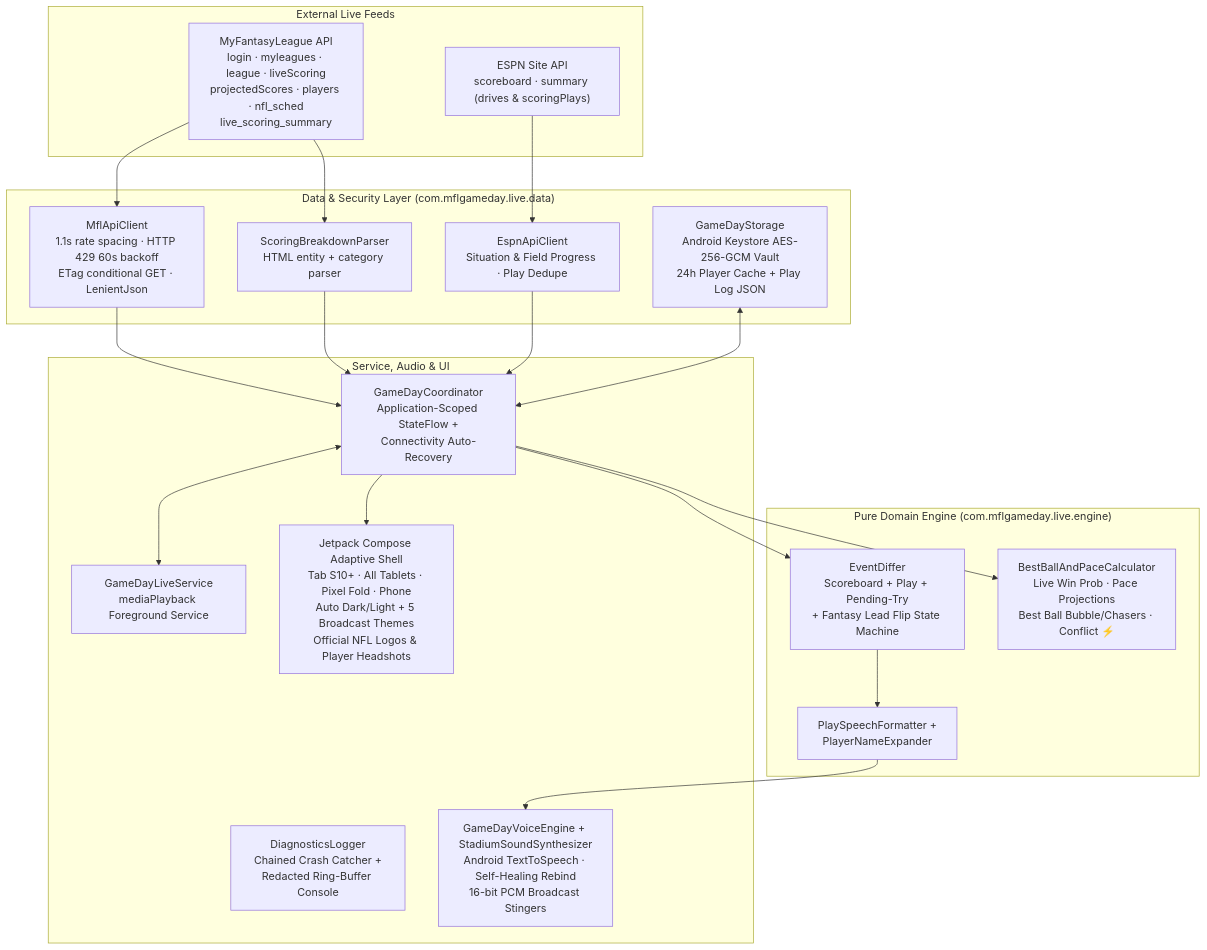
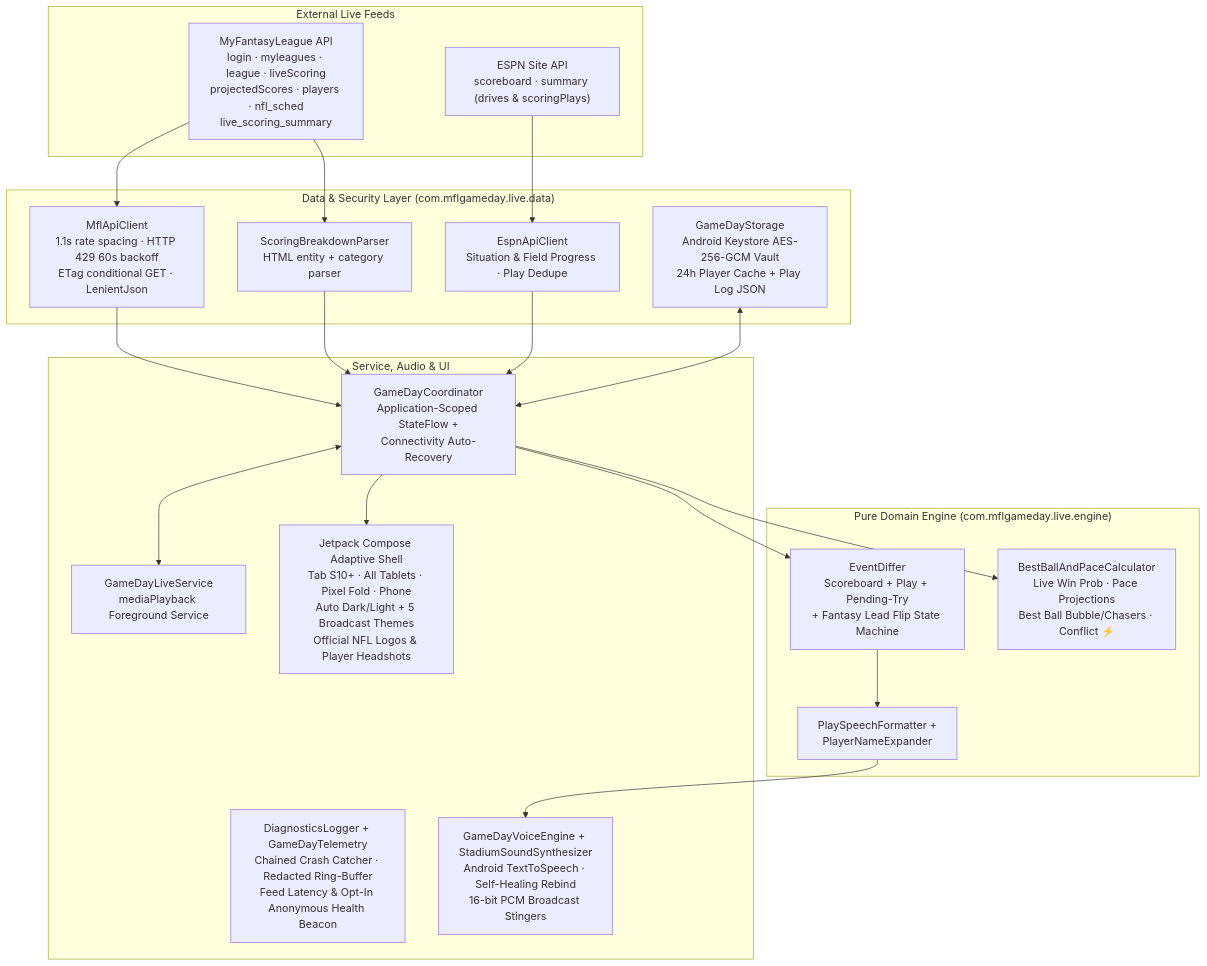
Before and after one commit to GinoMotisko/mfl-gameday-live: the diagram in docs/architecture_map.md, drawn with Mermaid. The commit also changed 15 other files, not shown here.

Commit message:
feat(v1.2.0): harden service/poll race guards, disable cloud backup, add GameDayTelemetry & AGENTS.md (#2)

````diff
--- a/docs/architecture_map.md
+++ b/docs/architecture_map.md
@@ -15,42 +15,42 @@
 ```mermaid
 flowchart TD
     subgraph Providers["External Live Feeds"]
         MFL["MyFantasyLeague API\nlogin · myleagues · league · liveScoring\nprojectedScores · players · nfl_sched\nlive_scoring_summary"]
         ESPN["ESPN Site API\nscoreboard · summary (drives & scoringPlays)"]
     end
 
     subgraph DataLayer["Data & Security Layer (com.mflgameday.live.data)"]
         MflClient["MflApiClient\n1.1s rate spacing · HTTP 429 60s backoff\nETag conditional GET · LenientJson"]
         EspnClient["EspnApiClient\nSituation & Field Progress · Play Dedupe"]
         BreakdownParser["ScoringBreakdownParser\nHTML entity + category parser"]
         Storage["GameDayStorage\nAndroid Keystore AES-256-GCM Vault\n24h Player Cache + Play Log JSON"]
     end
 
     subgraph EngineLayer["Pure Domain Engine (com.mflgameday.live.engine)"]
         Differ["EventDiffer\nScoreboard + Play + Pending-Try\n+ Fantasy Lead Flip State Machine"]
         Pace["BestBallAndPaceCalculator\nLive Win Prob · Pace Projections\nBest Ball Bubble/Chasers · Conflict ⚡"]
         Formatter["PlaySpeechFormatter +\nPlayerNameExpander"]
     end
 
     subgraph Runtime["Service, Audio & UI"]
         Coord["GameDayCoordinator\nApplication-Scoped StateFlow +\nConnectivity Auto-Recovery"]
-        Diag["DiagnosticsLogger\nChained Crash Catcher +\nRedacted Ring-Buffer Console"]
+        Diag["DiagnosticsLogger + GameDayTelemetry\nChained Crash Catcher · Redacted Ring-Buffer\nFeed Latency & Opt-In Anonymous Health Beacon"]
         Voice["GameDayVoiceEngine + StadiumSoundSynthesizer\nAndroid TextToSpeech · Self-Healing Rebind\n16-bit PCM Broadcast Stingers"]
         FGS["GameDayLiveService\nmediaPlayback Foreground Service"]
         UI["Jetpack Compose Adaptive Shell\nTab S10+ · All Tablets · Pixel Fold · Phone\nAuto Dark/Light + 5 Broadcast Themes\nOfficial NFL Logos & Player Headshots"]
     end
 
     MFL --> MflClient
     MFL --> BreakdownParser
     ESPN --> EspnClient
     MflClient --> Coord
     BreakdownParser --> Coord
     EspnClient --> Coord
     Storage <--> Coord
     Coord --> Differ
     Coord --> Pace
     Differ --> Formatter
     Formatter --> Voice
     Coord <--> FGS
     Coord --> UI
 ```
````
